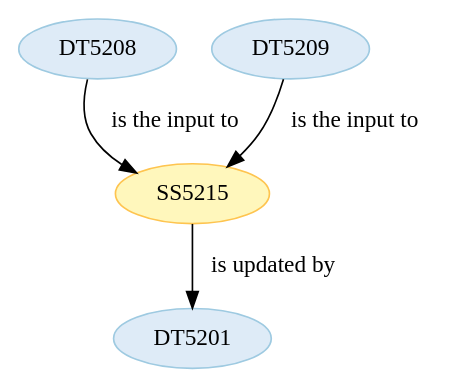
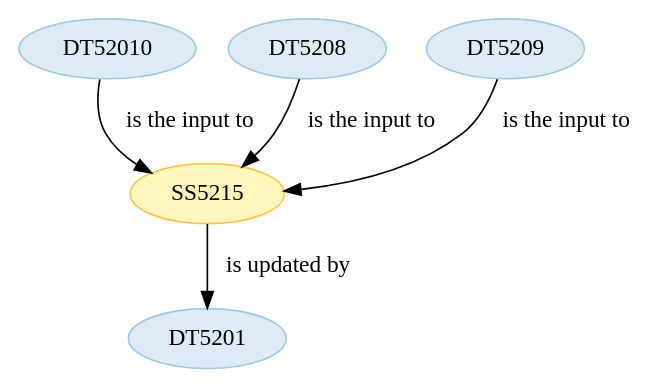
Before and after one commit to Marco-Salvi/cwl-test: the diagram in wf5201/ST520115.dot, drawn with Graphviz. The commit also changed 28 other files, not shown here.

```diff
--- a/wf5201/ST520115.dot
+++ b/wf5201/ST520115.dot
@@ -1,18 +1,22 @@
 strict digraph {
 
 
 	"SS5215" [ color="2", colorscheme="ylorbr3", fillcolor="1", style="filled",  weight=0 ];
 
 	"SS5215" -> "DT5201" [ label="is updated by", labeltooltip="DT5201 - is updated by - SS5215",  weight=0 ];
 
 	"DT5201" [ color="2", colorscheme="blues3", fillcolor="1", style="filled",  weight=0 ];
+
+	"DT52010" [ color="2", colorscheme="blues3", fillcolor="1", style="filled",  weight=0 ];
+
+	"DT52010" -> "SS5215" [ label="is the input to", labeltooltip="DT52010 - is the input to - SS5215",  weight=0 ];
 
 	"DT5208" [ color="2", colorscheme="blues3", fillcolor="1", style="filled",  weight=0 ];
 
 	"DT5208" -> "SS5215" [ label="is the input to", labeltooltip="DT5208 - is the input to - SS5215",  weight=0 ];
 
 	"DT5209" [ color="2", colorscheme="blues3", fillcolor="1", style="filled",  weight=0 ];
 
 	"DT5209" -> "SS5215" [ label="is the input to", labeltooltip="DT5209 - is the input to - SS5215",  weight=0 ];
 
 }
```
